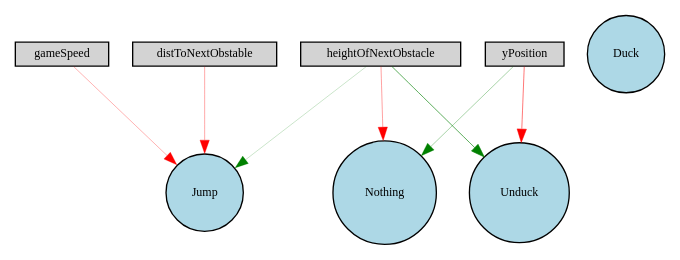
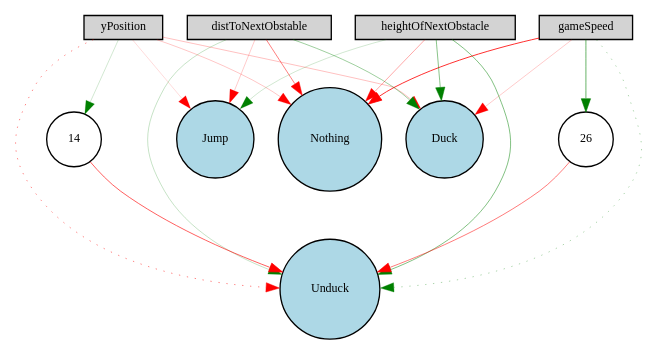
The diagram in src/Digraph.gv (DoKevinator/google-dinosaur-deep-learning), drawn with Graphviz before and after one commit. The commit also changed 7 other files, not shown here.

```diff
--- a/src/Digraph.gv
+++ b/src/Digraph.gv
@@ -1,18 +1,32 @@
 digraph {
 	node [fontsize=9 height=0.2 shape=circle width=0.2]
 	gameSpeed [fillcolor=lightgray shape=box style=filled]
 	yPosition [fillcolor=lightgray shape=box style=filled]
 	distToNextObstable [fillcolor=lightgray shape=box style=filled]
 	heightOfNextObstacle [fillcolor=lightgray shape=box style=filled]
 	Jump [fillcolor=lightblue style=filled]
 	Duck [fillcolor=lightblue style=filled]
 	Unduck [fillcolor=lightblue style=filled]
 	Nothing [fillcolor=lightblue style=filled]
-	heightOfNextObstacle -> Jump [color=green penwidth=0.15651046058562537 style=solid]
-	distToNextObstable -> Jump [color=red penwidth=0.2639688447488414 style=solid]
-	yPosition -> Unduck [color=red penwidth=0.39654846158466905 style=solid]
-	heightOfNextObstacle -> Unduck [color=green penwidth=0.48030603648757 style=solid]
-	gameSpeed -> Jump [color=red penwidth=0.227616975711503 style=solid]
-	heightOfNextObstacle -> Nothing [color=red penwidth=0.28390565547545094 style=solid]
-	yPosition -> Nothing [color=green penwidth=0.25694034138160415 style=solid]
+	14 [fillcolor=white style=filled]
+	26 [fillcolor=white style=filled]
+	gameSpeed -> Duck [color=red penwidth=0.16080393893060152 style=solid]
+	gameSpeed -> Unduck [color=green penwidth=0.24968081701063424 style=dotted]
+	gameSpeed -> Nothing [color=red penwidth=0.6138019034885503 style=solid]
+	yPosition -> Jump [color=red penwidth=0.11227829538548395 style=solid]
+	yPosition -> Duck [color=red penwidth=0.19225049115714113 style=solid]
+	yPosition -> Unduck [color=red penwidth=0.37377061456355953 style=dotted]
+	yPosition -> Nothing [color=red penwidth=0.17489428687375422 style=solid]
+	distToNextObstable -> Jump [color=red penwidth=0.16029623940362428 style=solid]
+	distToNextObstable -> Duck [color=green penwidth=0.28952014585388863 style=solid]
+	distToNextObstable -> Unduck [color=green penwidth=0.17239778871082684 style=solid]
+	distToNextObstable -> Nothing [color=red penwidth=0.3784716780836963 style=solid]
+	heightOfNextObstacle -> Jump [color=green penwidth=0.14233581307472 style=solid]
+	heightOfNextObstacle -> Duck [color=green penwidth=0.3535903572033443 style=solid]
+	heightOfNextObstacle -> Unduck [color=green penwidth=0.3690988841032352 style=solid]
+	heightOfNextObstacle -> Nothing [color=red penwidth=0.261761269584302 style=solid]
+	yPosition -> 14 [color=green penwidth=0.13784703653717567 style=solid]
+	14 -> Unduck [color=red penwidth=0.47452508205793553 style=solid]
+	gameSpeed -> 26 [color=green penwidth=0.44500813072941603 style=solid]
+	26 -> Unduck [color=red penwidth=0.3938135647017811 style=solid]
 }
```
